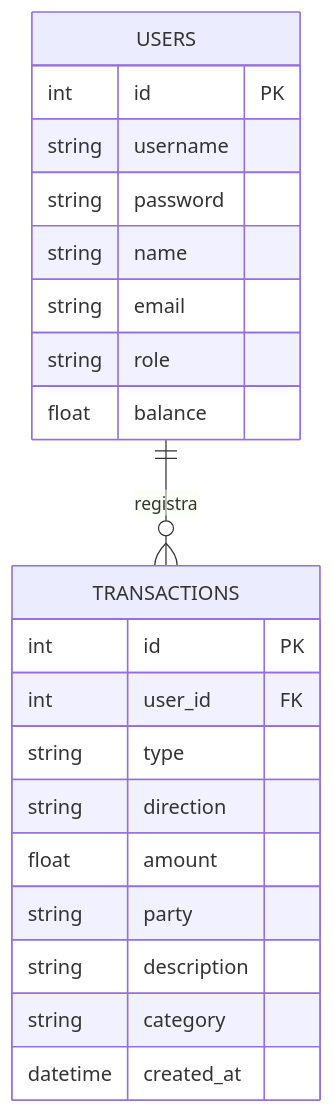
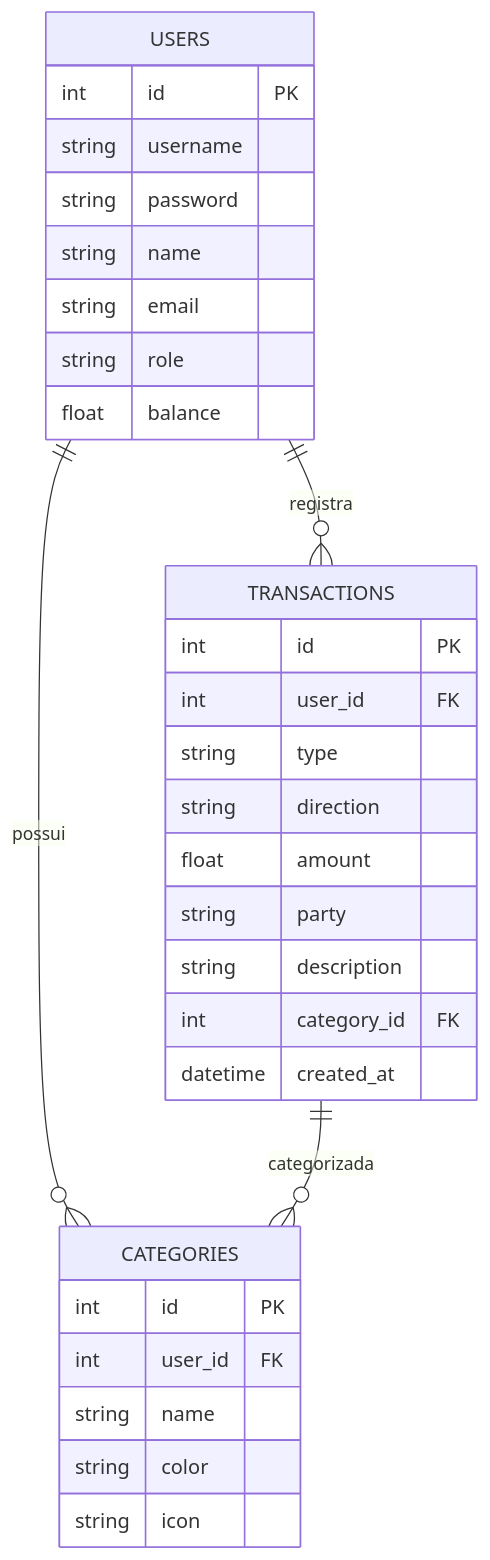
One commit to Aragao21/Flux changed the third of 3 diagrams in docs/architecture.md. Above: the diagram before and after it, drawn with Mermaid. The commit also changed other lines of this file, not shown here.

Commit message:
Update architecture.md 2

````diff
--- a/docs/architecture.md
+++ b/docs/architecture.md
@@ -58,24 +69,33 @@
 ```mermaid
 erDiagram
   USERS ||--o{ TRANSACTIONS : registra
+  USERS ||--o{ CATEGORIES : possui
+  TRANSACTIONS ||--o{ CATEGORIES : categorizada
   USERS {
     int id PK
     string username
     string password
     string name
     string email
     string role
     float balance
   }
   TRANSACTIONS {
     int id PK
     int user_id FK
     string type
     string direction
     float amount
     string party
     string description
-    string category
+    int category_id FK
     datetime created_at
   }
+  CATEGORIES {
+    int id PK
+    int user_id FK
+    string name
+    string color
+    string icon
+  }
 ```
````
